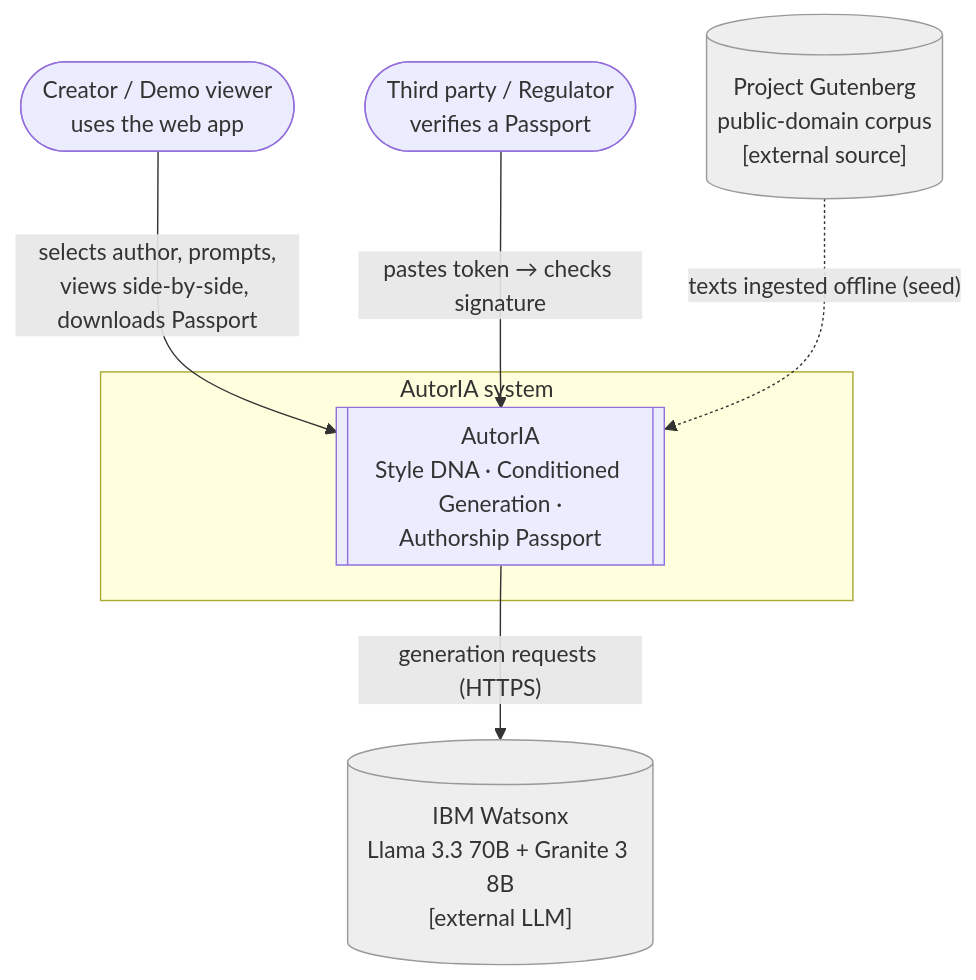
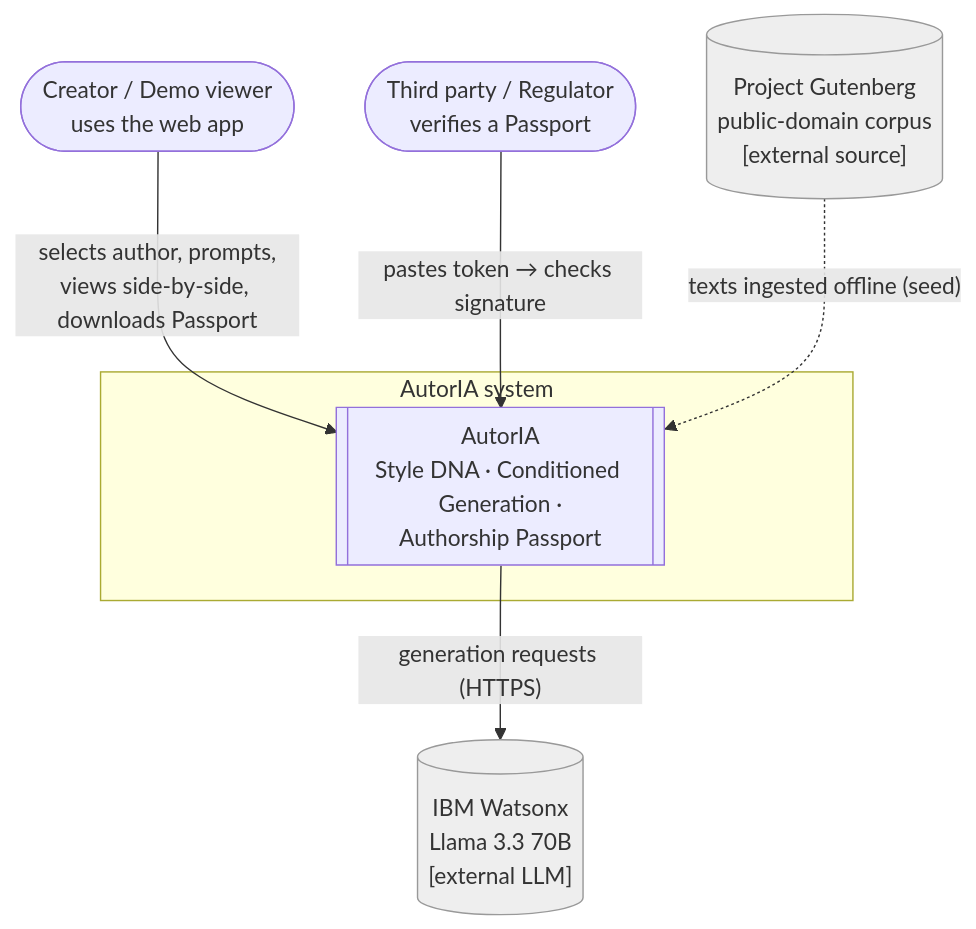
Before and after one commit to sergi-torres/AuthorAI: the first of 8 diagrams in docs/architecture.md, drawn with Mermaid. The commit also changed 5 other files, not shown here.

````diff
--- a/docs/architecture.md
+++ b/docs/architecture.md
@@ -30,20 +30,20 @@
 ```mermaid
 graph TB
     creator([Creator / Demo viewer<br/>uses the web app])
     verifier([Third party / Regulator<br/>verifies a Passport])
 
     subgraph autoria [AutorIA system]
         sys[["AutorIA<br/>Style DNA · Conditioned Generation ·<br/>Authorship Passport"]]
     end
 
-    watsonx[("IBM Watsonx<br/>Llama 3.3 70B + Granite 3 8B<br/>[external LLM]")]
+    watsonx[("IBM Watsonx<br/>Llama 3.3 70B<br/>[external LLM]")]
     gutenberg[("Project Gutenberg<br/>public-domain corpus<br/>[external source]")]
 
     creator -->|"selects author, prompts,<br/>views side-by-side, downloads Passport"| sys
     verifier -->|"pastes token → checks signature"| sys
     sys -->|"generation requests (HTTPS)"| watsonx
     gutenberg -.->|"texts ingested offline (seed)"| sys
 
     classDef ext fill:#eee,stroke:#999,color:#333;
     class watsonx,gutenberg ext;
 ```
````
